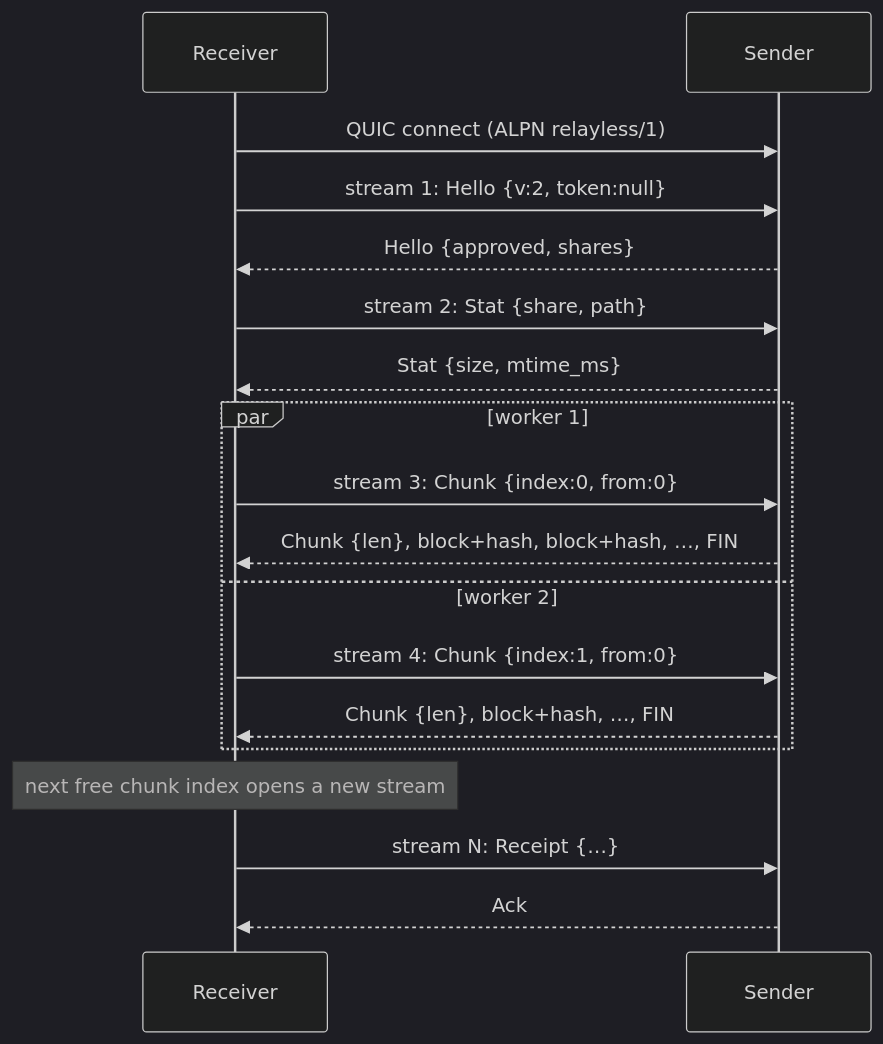
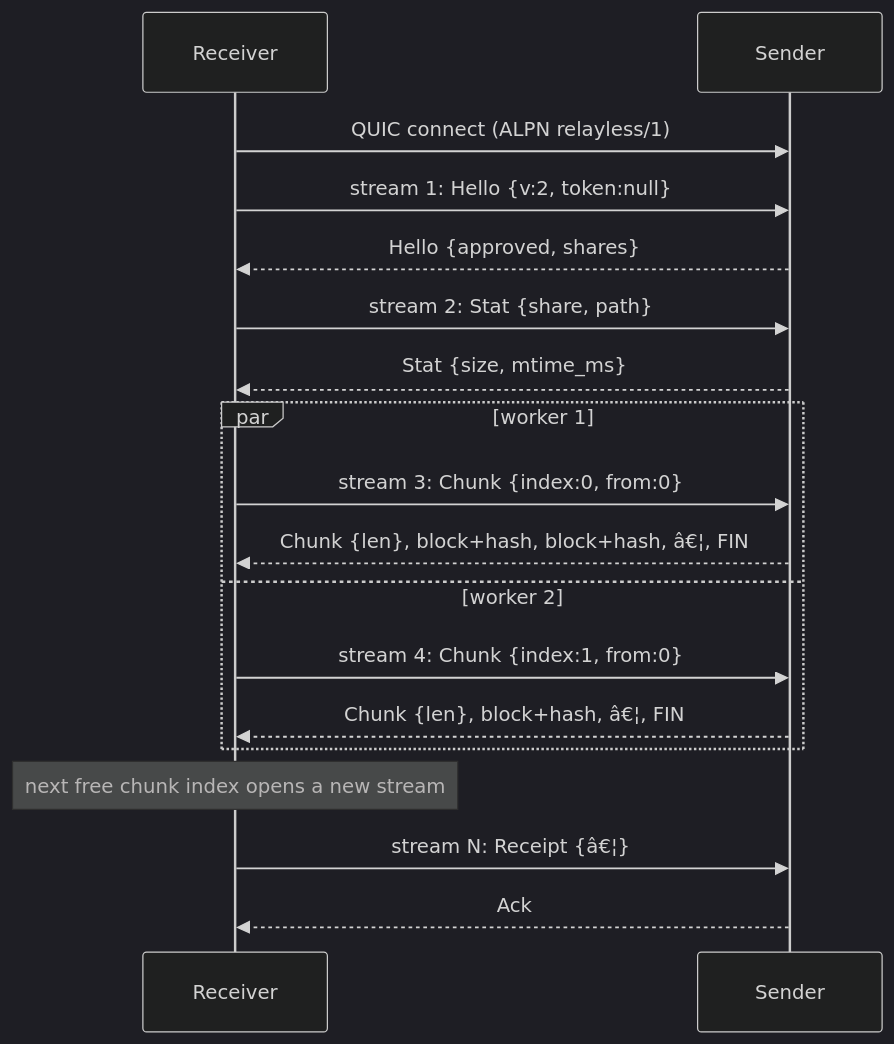
Before and after one commit to MisbahKhan0009/Relayless: the diagram in docs/TRANSFER_PROTOCOL.md, drawn with Mermaid (dark theme). The commit also changed other lines of this file and 18 other files, not shown here.

````diff
--- a/docs/TRANSFER_PROTOCOL.md
+++ b/docs/TRANSFER_PROTOCOL.md
@@ -136,20 +136,20 @@
 ```mermaid
 sequenceDiagram
     participant R as Receiver
     participant S as Sender
     R->>S: QUIC connect (ALPN relayless/1)
     R->>S: stream 1: Hello {v:2, token:null}
     S-->>R: Hello {approved, shares}
     R->>S: stream 2: Stat {share, path}
     S-->>R: Stat {size, mtime_ms}
     par worker 1
         R->>S: stream 3: Chunk {index:0, from:0}
-        S-->>R: Chunk {len}, block+hash, block+hash, …, FIN
+        S-->>R: Chunk {len}, block+hash, block+hash, â€¦, FIN
     and worker 2
         R->>S: stream 4: Chunk {index:1, from:0}
-        S-->>R: Chunk {len}, block+hash, …, FIN
+        S-->>R: Chunk {len}, block+hash, â€¦, FIN
     end
     Note over R: next free chunk index opens a new stream
-    R->>S: stream N: Receipt {…}
+    R->>S: stream N: Receipt {â€¦}
     S-->>R: Ack
 ```
````
